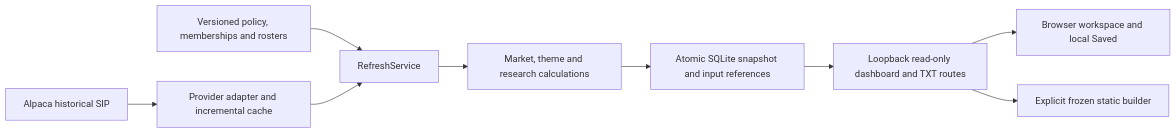
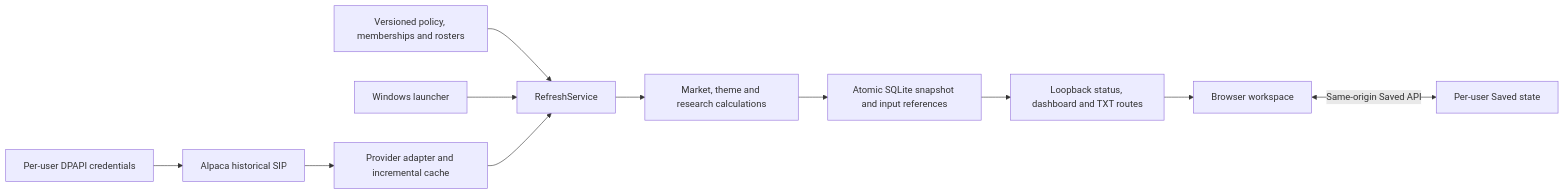
One commit to suna-kabo/ThemeScope changed the diagram in docs/architecture/README.md. Above: the diagram before and after it, drawn with Mermaid. The commit also changed other lines of this file and 81 other files, not shown here.

````diff
--- a/docs/architecture/README.md
+++ b/docs/architecture/README.md
@@ -7,11 +7,13 @@
 ```mermaid
 flowchart LR
   Config[Versioned policy, memberships and rosters] --> Refresh[RefreshService]
+  Launcher[Windows launcher] --> Refresh
+  Keys[Per-user DPAPI credentials] --> SIP
   SIP[Alpaca historical SIP] --> Cache[Provider adapter and incremental cache]
   Cache --> Refresh
   Refresh --> Calc[Market, theme and research calculations]
   Calc --> Store[Atomic SQLite snapshot and input references]
-  Store --> API[Loopback read-only dashboard and TXT routes]
-  API --> UI[Browser workspace and local Saved]
-  API --> Frozen[Explicit frozen static builder]
+  Store --> API[Loopback status, dashboard and TXT routes]
+  API --> UI[Browser workspace]
+  UI <-->|Same-origin Saved API| Saved[Per-user Saved state]
 ```
````
